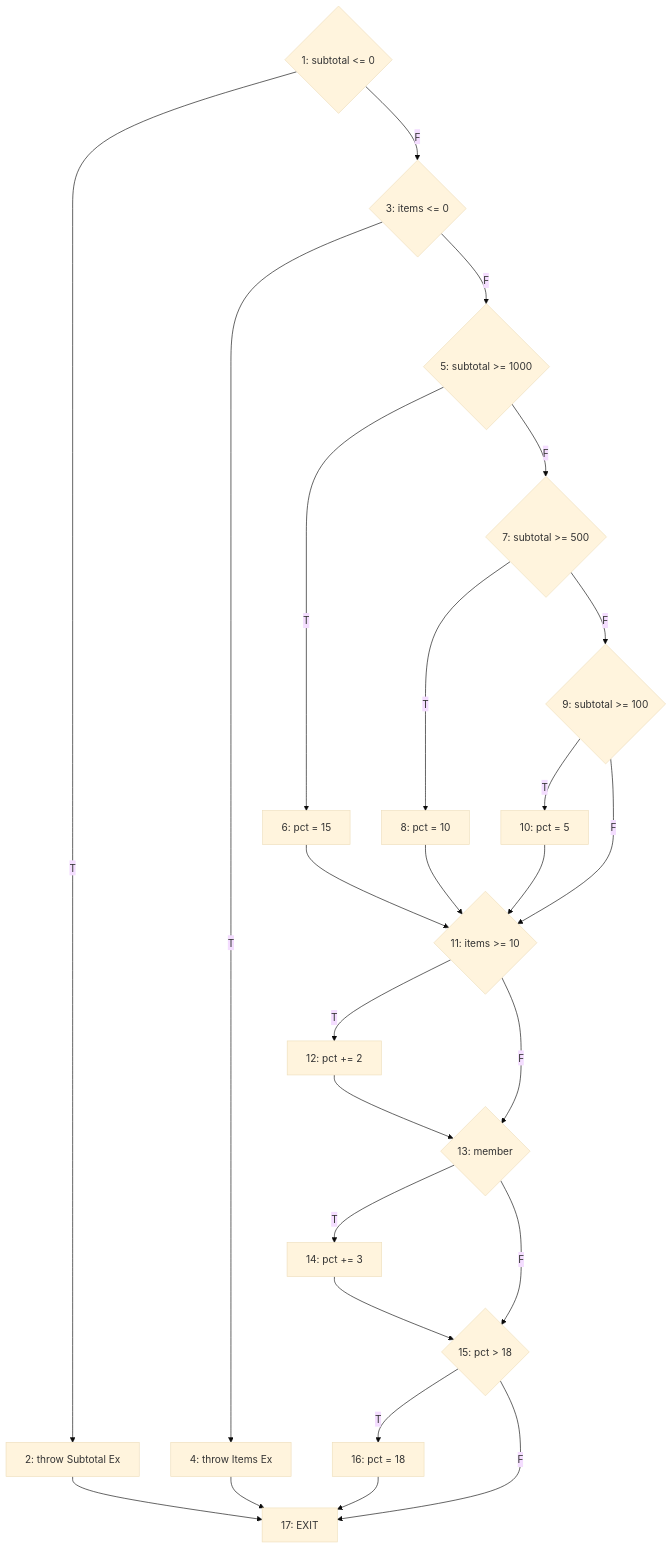
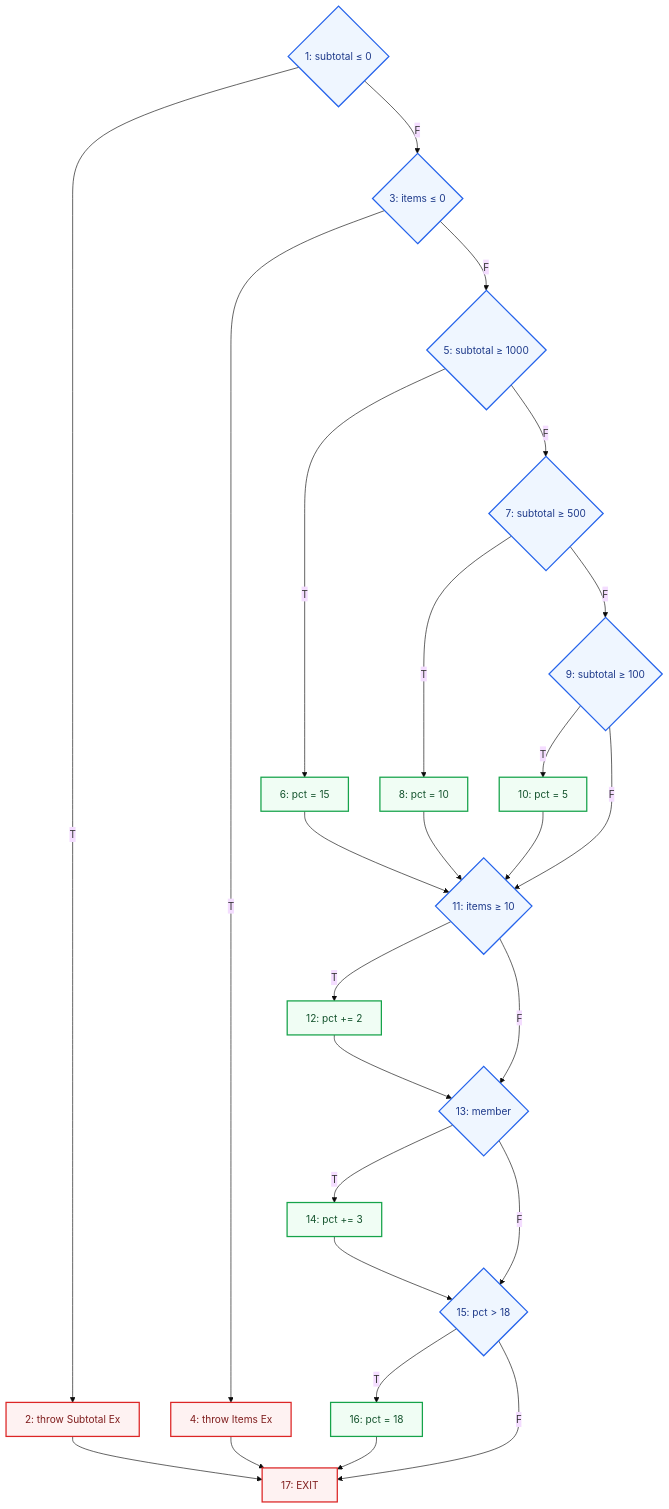
Before and after one commit to darshan29dk/Software_testing: the diagram in docs/ca3/presentation-content.md, drawn with Mermaid (base theme). The commit also changed 3 other files, not shown here.

Commit message:
Fix Mermaid diagram rendering syntax and add visual ASCII flowchart fallback in README

````diff
--- a/docs/ca3/presentation-content.md
+++ b/docs/ca3/presentation-content.md
@@ -97,19 +97,28 @@
 ```mermaid
-graph TD
-    N1{"1: subtotal <= 0"} -- T --> N2["2: throw Subtotal Ex"] --> N17["17: EXIT"]
-    N1 -- F --> N3{"3: items <= 0"}
-    N3 -- T --> N4["4: throw Items Ex"] --> N17
-    N3 -- F --> N5{"5: subtotal >= 1000"}
-    N5 -- T --> N6["6: pct = 15"] --> N11{"11: items >= 10"}
-    N5 -- F --> N7{"7: subtotal >= 500"}
-    N7 -- T --> N8["8: pct = 10"] --> N11
-    N7 -- F --> N9{"9: subtotal >= 100"}
-    N9 -- T --> N10["10: pct = 5"] --> N11
-    N9 -- F --> N11
-    N11 -- T --> N12["12: pct += 2"] --> N13{"13: member"}
+flowchart TD
+    classDef decision fill:#eff6ff,stroke:#2563eb,stroke-width:2px,color:#1e3a8a;
+    classDef process fill:#f0fdf4,stroke:#16a34a,stroke-width:2px,color:#14532d;
+    classDef terminal fill:#fef2f2,stroke:#dc2626,stroke-width:2px,color:#7f1d1d;
+
+    N1{"1: subtotal ≤ 0"}:::decision -- T --> N2["2: throw Subtotal Ex"]:::terminal
+    N1 -- F --> N3{"3: items ≤ 0"}:::decision
+    N3 -- T --> N4["4: throw Items Ex"]:::terminal
+    N3 -- F --> N5{"5: subtotal ≥ 1000"}:::decision
+    N5 -- T --> N6["6: pct = 15"]:::process
+    N5 -- F --> N7{"7: subtotal ≥ 500"}:::decision
+    N7 -- T --> N8["8: pct = 10"]:::process
+    N7 -- F --> N9{"9: subtotal ≥ 100"}:::decision
+    N9 -- T --> N10["10: pct = 5"]:::process
+    N9 -- F --> N11{"11: items ≥ 10"}:::decision
+    N6 --> N11
+    N8 --> N11
+    N10 --> N11
+    N11 -- T --> N12["12: pct += 2"]:::process --> N13{"13: member"}:::decision
     N11 -- F --> N13
-    N13 -- T --> N14["14: pct += 3"] --> N15{"15: pct > 18"}
+    N13 -- T --> N14["14: pct += 3"]:::process --> N15{"15: pct > 18"}:::decision
     N13 -- F --> N15
-    N15 -- T --> N16["16: pct = 18"] --> N17
+    N15 -- T --> N16["16: pct = 18"]:::process --> N17["17: EXIT"]:::terminal
     N15 -- F --> N17
+    N2 --> N17
+    N4 --> N17
 ```
````
